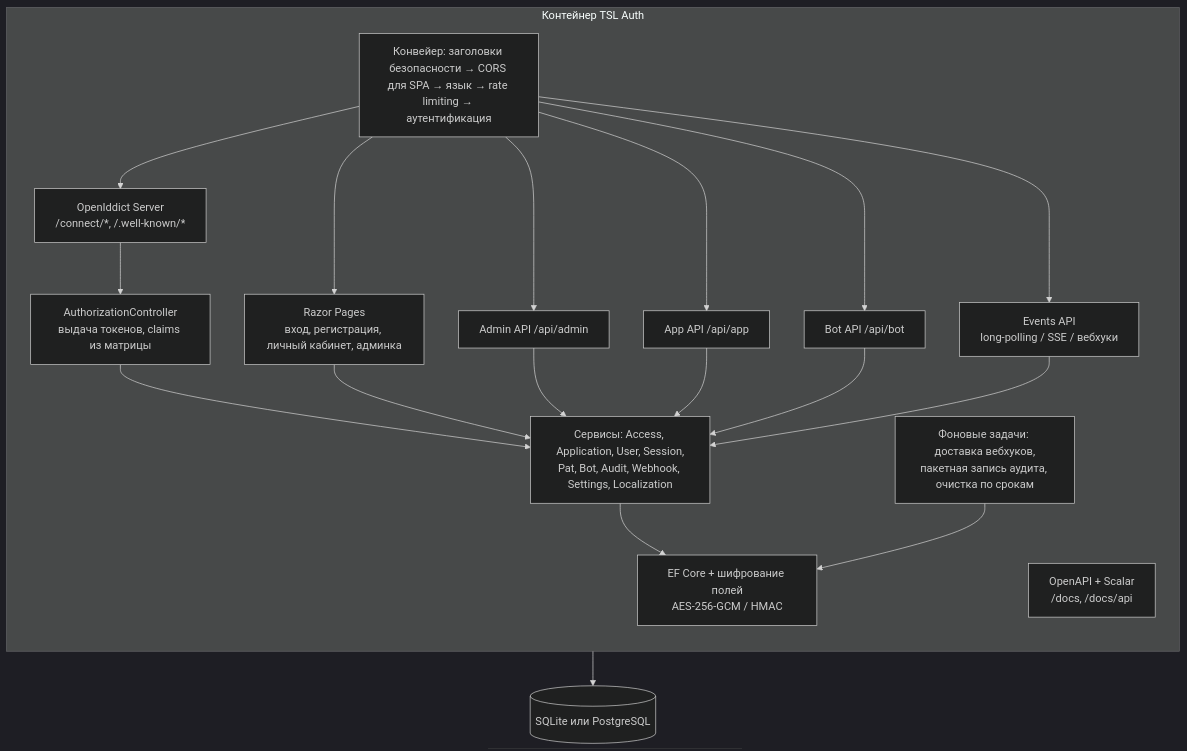
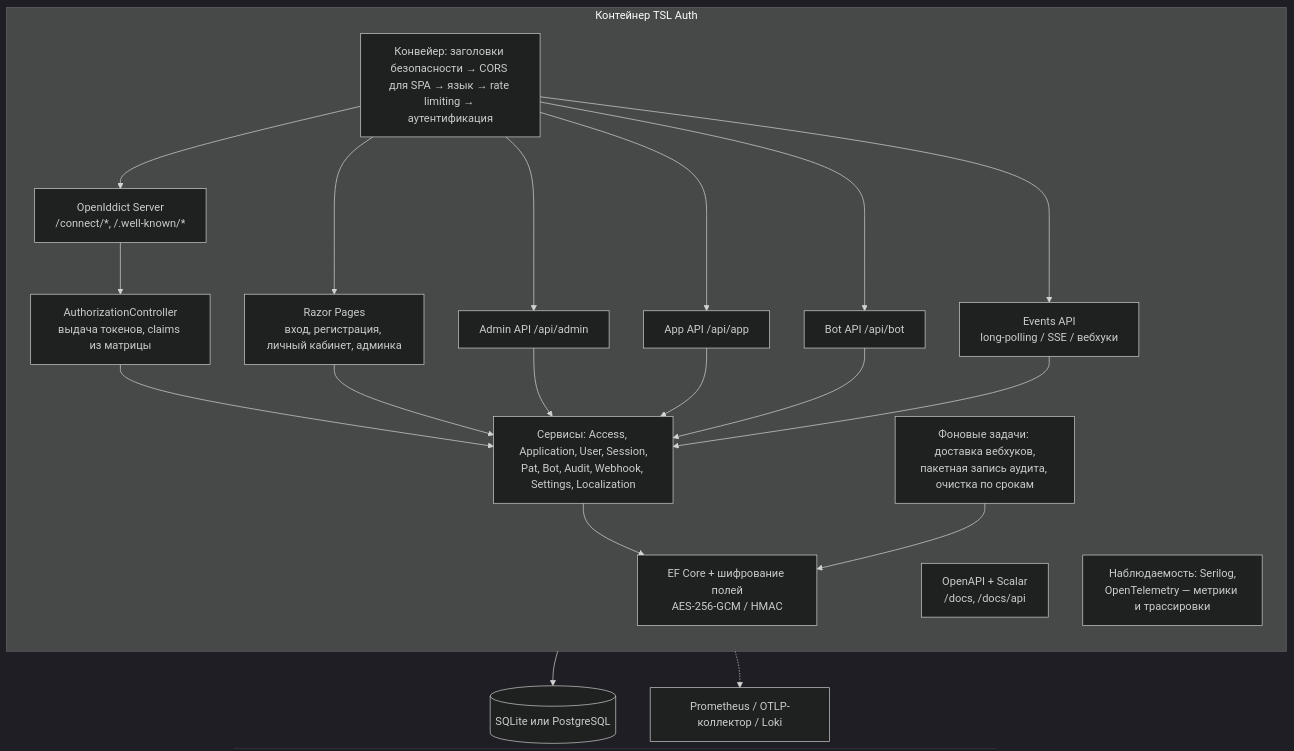
Before and after one commit to akprof2000/tsl-auth: the first of 6 diagrams in docs/architecture.md, drawn with Mermaid (dark theme). The commit also changed other lines of this file and 38 other files, not shown here.

````diff
--- a/docs/architecture.md
+++ b/docs/architecture.md
@@ -5,25 +5,28 @@
 ```mermaid
 flowchart TB
     subgraph Контейнер TSL Auth
         direction TB
         MW[Конвейер: заголовки безопасности → CORS для SPA → язык → rate limiting → аутентификация]
         OIDC[OpenIddict Server<br/>/connect/*, /.well-known/*]
         CTRL[AuthorizationController<br/>выдача токенов, claims из матрицы]
         UI[Razor Pages<br/>вход, регистрация, личный кабинет, админка]
         ADMIN[Admin API /api/admin]
         APP[App API /api/app]
         BOT[Bot API /api/bot]
         EVT[Events API<br/>long-polling / SSE / вебхуки]
         DOCS[OpenAPI + Scalar<br/>/docs, /docs/api]
         SVC[Сервисы: Access, Application, User, Session,<br/>Pat, Bot, Audit, Webhook, Settings, Localization]
         BG[Фоновые задачи: доставка вебхуков,<br/>пакетная запись аудита, очистка по срокам]
         EF[EF Core + шифрование полей<br/>AES-256-GCM / HMAC]
+        OBS[Наблюдаемость: Serilog,<br/>OpenTelemetry — метрики и трассировки]
     end
     DB[(SQLite или PostgreSQL)]
+    MON[Prometheus / OTLP-коллектор / Loki]
 
     MW --> OIDC --> CTRL --> SVC
     MW --> UI --> SVC
     MW --> ADMIN & APP & BOT & EVT --> SVC
     SVC --> EF --> DB
     BG --> EF
+    OBS -.-> MON
 ```
````
